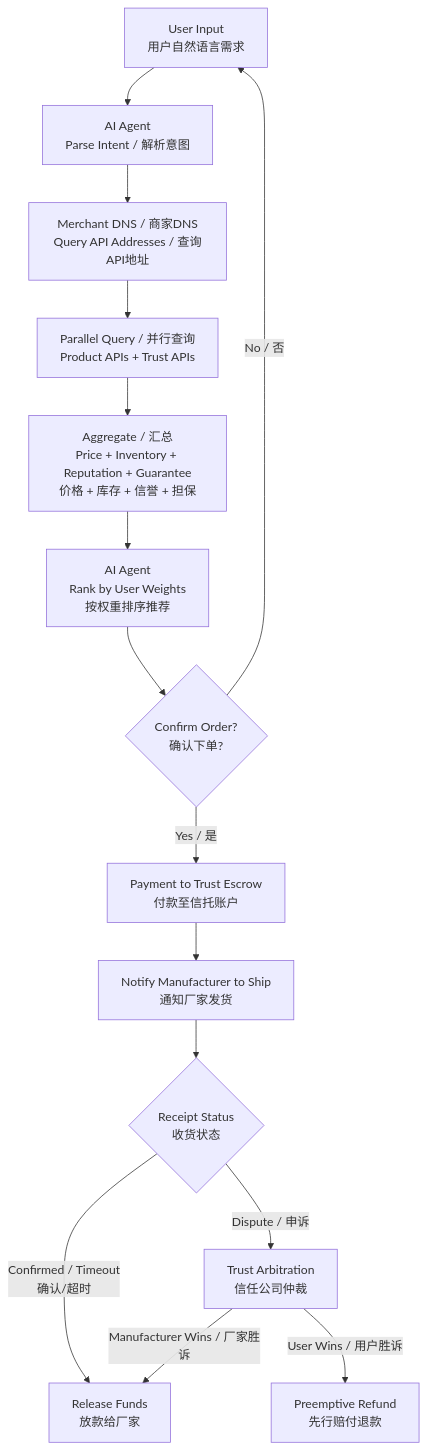
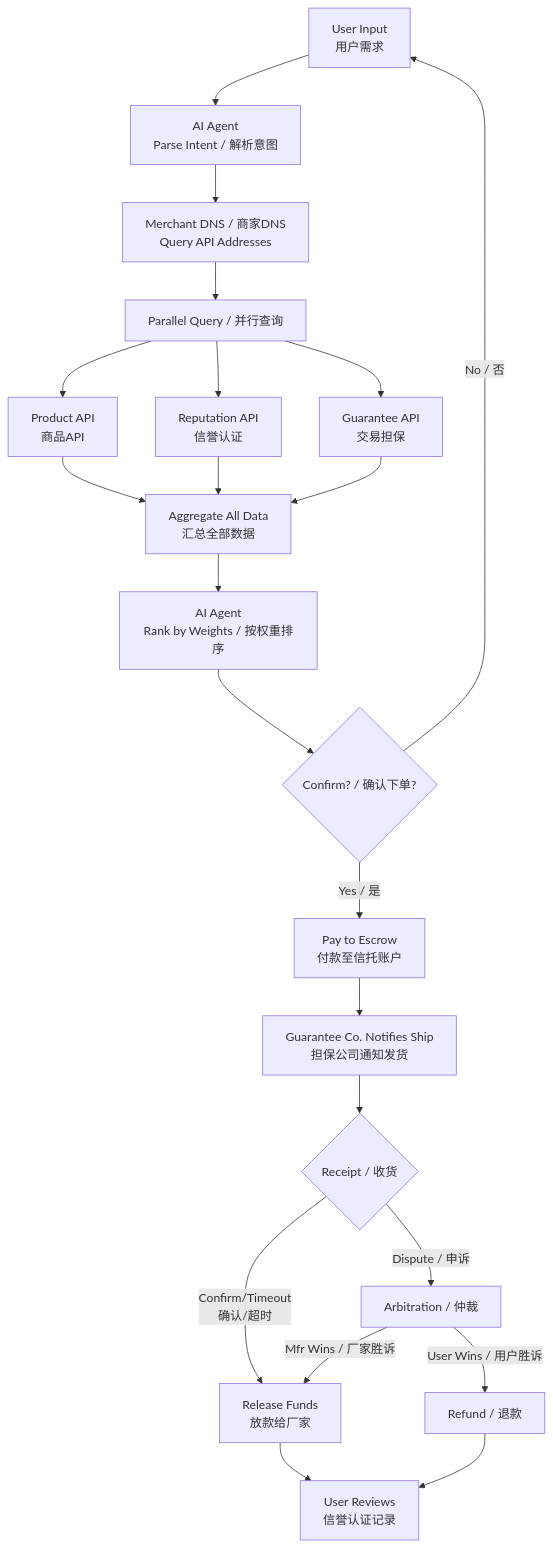
The second of 3 diagrams in README.md (kaicen-x/ai-shopping-paradigm), drawn with Mermaid before and after one commit. The commit also changed other lines of this file and 4 other files, not shown here.

````diff
--- a/README.md
+++ b/README.md
@@ -37,17 +42,24 @@
 ```mermaid
 flowchart TD
-    A[User Input<br/>用户自然语言需求] --> B[AI Agent<br/>Parse Intent / 解析意图]
-    B --> C[Merchant DNS / 商家DNS<br/>Query API Addresses / 查询API地址]
-    C --> D[Parallel Query / 并行查询<br/>Product APIs + Trust APIs]
-    D --> E[Aggregate / 汇总<br/>Price + Inventory + Reputation + Guarantee<br/>价格 + 库存 + 信誉 + 担保]
-    E --> F[AI Agent<br/>Rank by User Weights<br/>按权重排序推荐]
-    F --> G{Confirm Order?<br/>确认下单?}
+    A[User Input<br/>用户需求] --> B[AI Agent<br/>Parse Intent / 解析意图]
+    B --> C[Merchant DNS / 商家DNS<br/>Query API Addresses]
+    C --> D[Parallel Query / 并行查询]
+    D --> D1[Product API<br/>商品API]
+    D --> D2[Reputation API<br/>信誉认证]
+    D --> D3[Guarantee API<br/>交易担保]
+    D1 --> E[Aggregate All Data<br/>汇总全部数据]
+    D2 --> E
+    D3 --> E
+    E --> F[AI Agent<br/>Rank by Weights / 按权重排序]
+    F --> G{Confirm? / 确认下单?}
     G -->|No / 否| A
-    G -->|Yes / 是| H[Payment to Trust Escrow<br/>付款至信托账户]
-    H --> I[Notify Manufacturer to Ship<br/>通知厂家发货]
-    I --> J{Receipt Status<br/>收货状态}
-    J -->|Confirmed / Timeout<br/>确认/超时| K[Release Funds<br/>放款给厂家]
-    J -->|Dispute / 申诉| L[Trust Arbitration<br/>信任公司仲裁]
-    L -->|User Wins / 用户胜诉| M[Preemptive Refund<br/>先行赔付退款]
-    L -->|Manufacturer Wins / 厂家胜诉| K
+    G -->|Yes / 是| H[Pay to Escrow<br/>付款至信托账户]
+    H --> I[Guarantee Co. Notifies Ship<br/>担保公司通知发货]
+    I --> J{Receipt / 收货}
+    J -->|Confirm/Timeout<br/>确认/超时| K[Release Funds<br/>放款给厂家]
+    J -->|Dispute / 申诉| L[Arbitration / 仲裁]
+    L -->|User Wins / 用户胜诉| M[Refund / 退款]
+    L -->|Mfr Wins / 厂家胜诉| K
+    K --> N[User Reviews<br/>信誉认证记录]
+    M --> N
 ```
````
